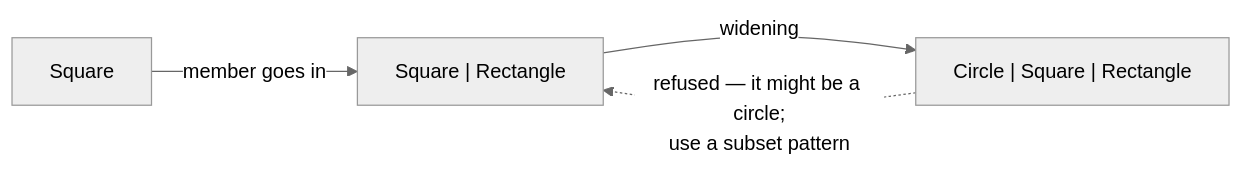
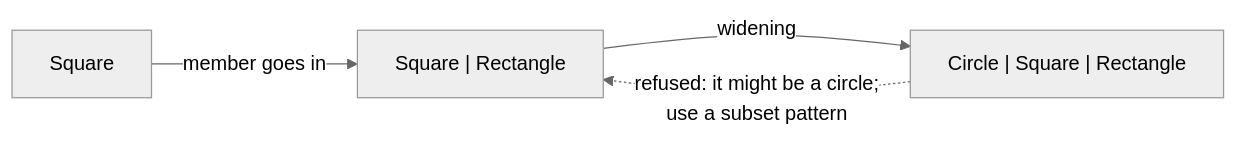
One commit to rux-lang/Web changed the diagram in content/docs/1.learn/10.sum-types/05.sum-widening.md. Above: the diagram before and after it, drawn with Mermaid (neutral theme). The commit also changed 46 other files, not shown here.

First line of the commit message:
Fit the course diagrams on phone screens

````diff
--- a/content/docs/1.learn/10.sum-types/05.sum-widening.md
+++ b/content/docs/1.learn/10.sum-types/05.sum-widening.md
@@ -90,6 +90,6 @@
 ```mermaid
 flowchart LR
     sq["`Square`"] -- "member goes in" --> box["`Square | Rectangle`"]
     box -- "widening" --> shape["`Circle | Square | Rectangle`"]
-    shape -. "refused — it might be a circle;<br/>use a subset pattern" .-> box
+    shape -. "refused: it might be a circle;<br/>use a subset pattern" .-> box
 ```
````
